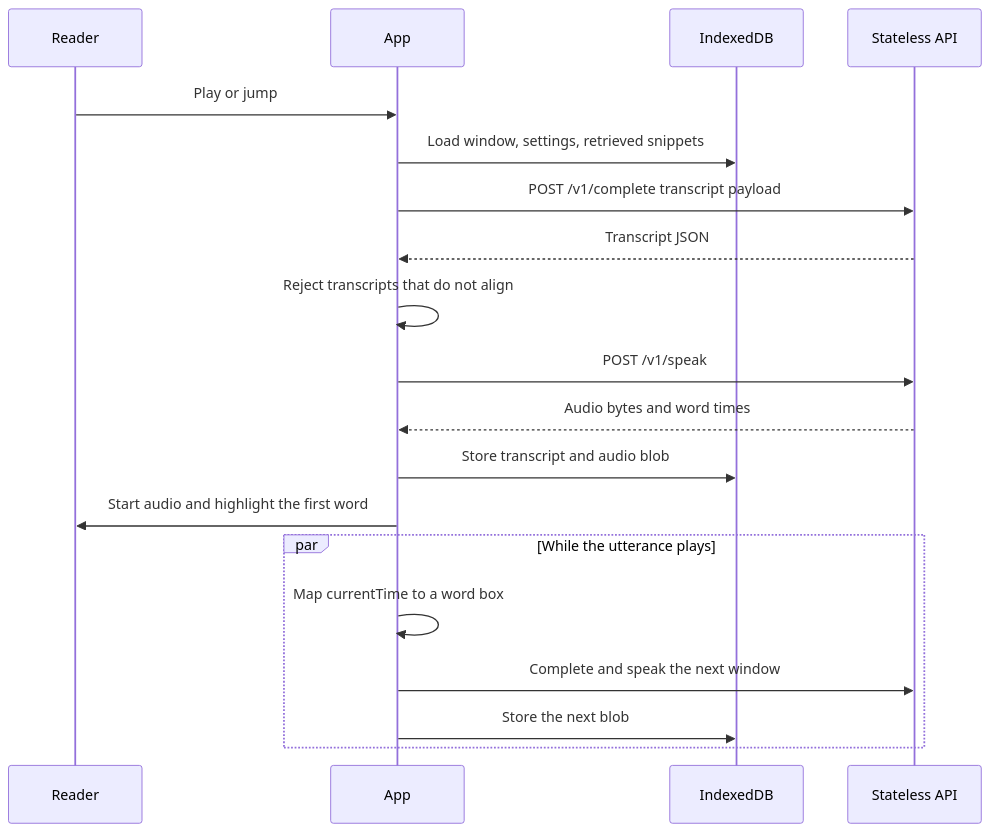
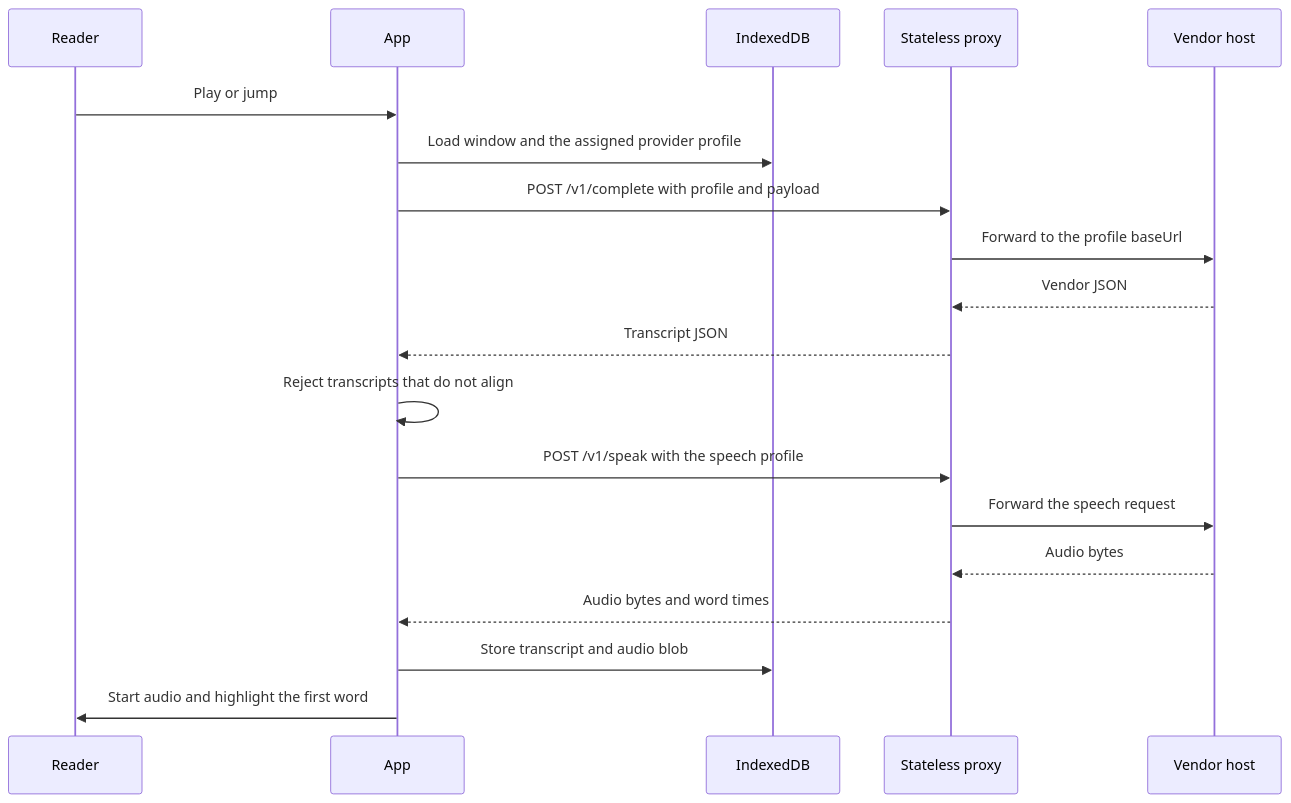
The fourth of 6 diagrams in specs/discussion/DESIGN.md (manishsharma004/open-book-reader), drawn with Mermaid before and after one commit. The commit also changed other lines of this file and 1 other file, not shown here.

First line of the commit message:
Store vendor connection settings in the browser.

````diff
--- a/specs/discussion/DESIGN.md
+++ b/specs/discussion/DESIGN.md
@@ -428,21 +505,21 @@
 ```mermaid
 sequenceDiagram
   participant Reader
   participant App
   participant IDB as IndexedDB
-  participant API as Stateless API
+  participant Proxy as Stateless proxy
+  participant Vendor as Vendor host
   Reader->>App: Play or jump
-  App->>IDB: Load window, settings, retrieved snippets
-  App->>API: POST /v1/complete transcript payload
-  API-->>App: Transcript JSON
+  App->>IDB: Load window and the assigned provider profile
+  App->>Proxy: POST /v1/complete with profile and payload
+  Proxy->>Vendor: Forward to the profile baseUrl
+  Vendor-->>Proxy: Vendor JSON
+  Proxy-->>App: Transcript JSON
   App->>App: Reject transcripts that do not align
-  App->>API: POST /v1/speak
-  API-->>App: Audio bytes and word times
+  App->>Proxy: POST /v1/speak with the speech profile
+  Proxy->>Vendor: Forward the speech request
+  Vendor-->>Proxy: Audio bytes
+  Proxy-->>App: Audio bytes and word times
   App->>IDB: Store transcript and audio blob
   App->>Reader: Start audio and highlight the first word
-  par While the utterance plays
-    App->>App: Map currentTime to a word box
-    App->>API: Complete and speak the next window
-    App->>IDB: Store the next blob
-  end
 ```
````
